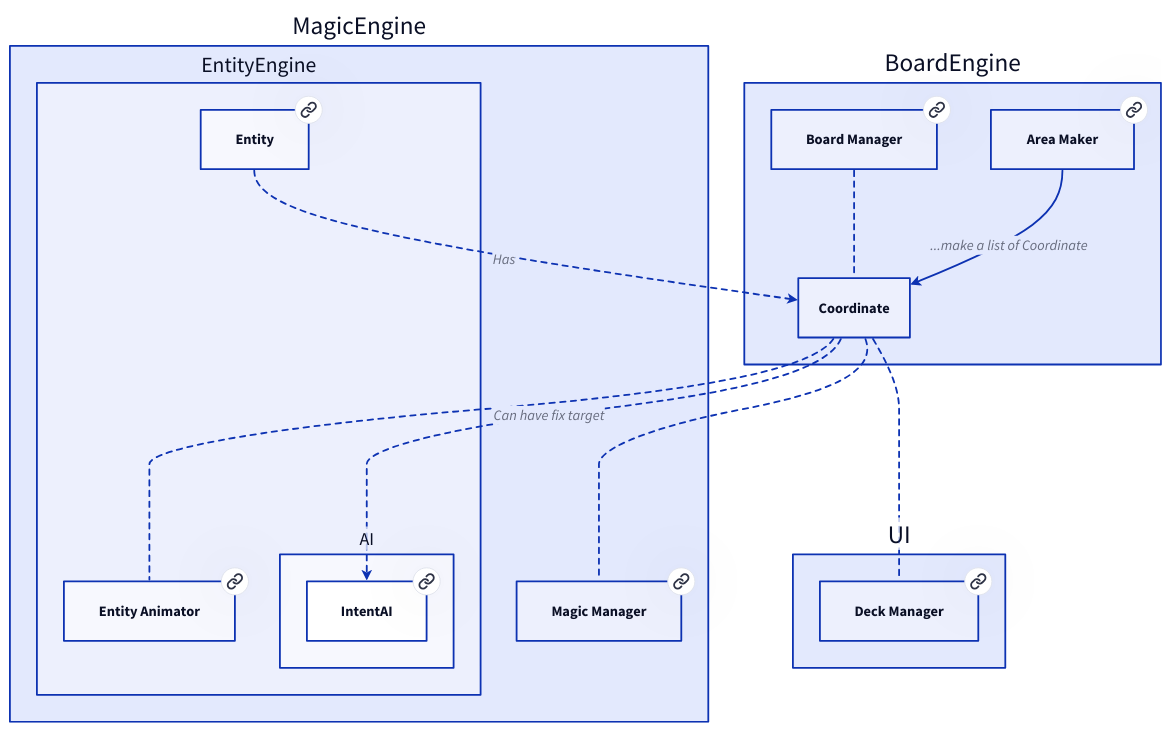
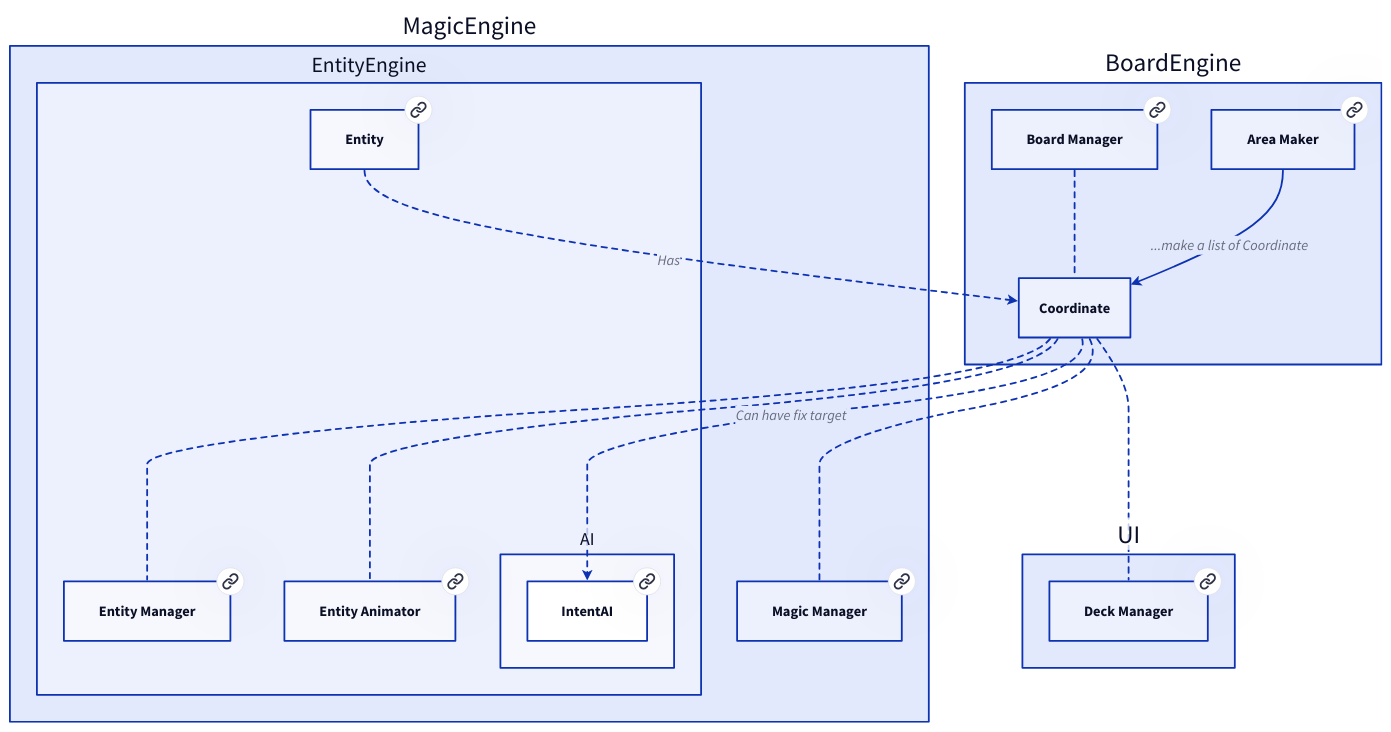
Before and after one commit to Portevent/Brume-Documentation: the diagram in doc/graphs/d2/Coordinate.d2, drawn with D2. The commit also changed 90 other files, not shown here.

```diff
--- a/doc/graphs/d2/Coordinate.d2
+++ b/doc/graphs/d2/Coordinate.d2
@@ -1,50 +1,54 @@
 # Nodes :
 BoardEngine: {
+    BoardManager: Board Manager {
+       link: BoardManager
+    }
     AreaMaker: Area Maker {
        link: AreaMaker
-    }
-    BoardManager: Board Manager {
-       link: BoardManager
     }
 }
 UI: {
     DeckManager: Deck Manager {
        link: DeckManager
     }
 }
 MagicEngine: {
     EntityEngine: {
+        EntityManager: Entity Manager {
+           link: EntityManager
+        }
         EntityAnimator: Entity Animator {
            link: EntityAnimator
+        }
+        Entity: Entity {
+           link: Entity
         }
         AI: {
             IntentAI: IntentAI {
                link: IntentAI
             }
-        }
-        Entity: Entity {
-           link: Entity
         }
     }
     MagicManager: Magic Manager {
        link: MagicManager
     }
 }
 
 # Links :
 BoardEngine.Coordinate -- UI.DeckManager: {style.stroke-dash: 3}
+BoardEngine.Coordinate -- MagicEngine.EntityEngine.EntityManager: {style.stroke-dash: 3}
 BoardEngine.Coordinate -- MagicEngine.EntityEngine.EntityAnimator: {style.stroke-dash: 3}
 BoardEngine.Coordinate -- MagicEngine.MagicManager: {style.stroke-dash: 3}
 BoardEngine.BoardManager -- BoardEngine.Coordinate: {style.stroke-dash: 3}
 BoardEngine.AreaMaker -> BoardEngine.Coordinate: ...make a list of Coordinate {
 source-arrowhead: {}
 target-arrowhead: {shape: arrow}
 }
+MagicEngine.EntityEngine.Entity -> BoardEngine.Coordinate: Has {style.stroke-dash: 3
+source-arrowhead: {}
+target-arrowhead: {shape: arrow}
+}
 BoardEngine.Coordinate -> MagicEngine.EntityEngine.AI.IntentAI: Can have fix target {style.stroke-dash: 3
 source-arrowhead: {}
 target-arrowhead: {shape: arrow}
 }
-MagicEngine.EntityEngine.Entity -> BoardEngine.Coordinate: Has {style.stroke-dash: 3
-source-arrowhead: {}
-target-arrowhead: {shape: arrow}
-}
```
